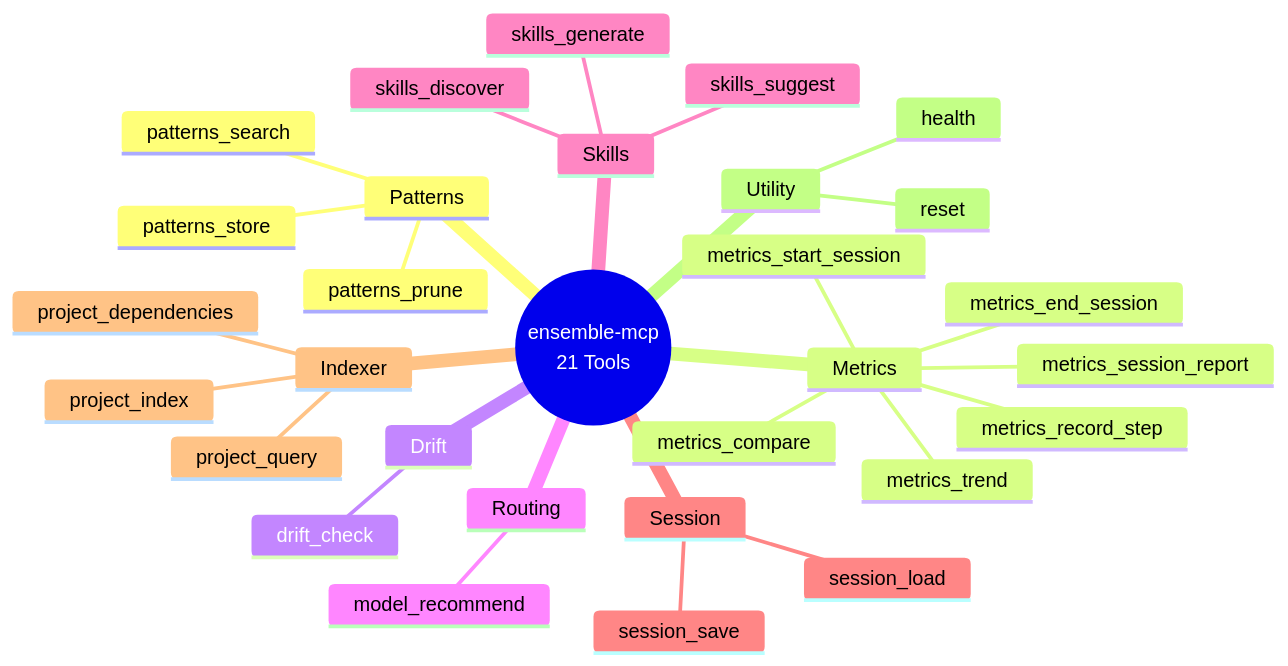
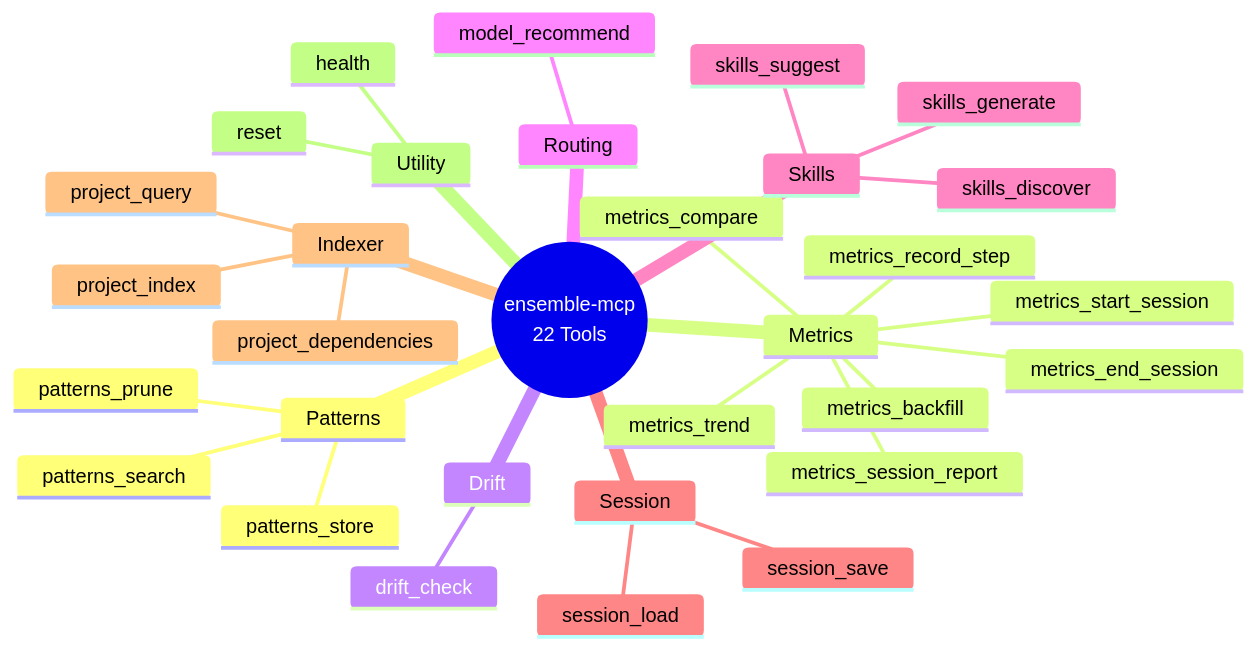
The second of 8 diagrams in docs/DESIGN-SPEC-PHASE-01.md (LynkByte/ensemble), drawn with Mermaid before and after one commit. The commit also changed other lines of this file and 31 other files, not shown here.

First line of the commit message:
feat: add metrics_backfill tool, file watcher daemon, and stub parsers

````diff
--- a/docs/DESIGN-SPEC-PHASE-01.md
+++ b/docs/DESIGN-SPEC-PHASE-01.md
@@ -243,33 +243,34 @@
 ```mermaid
 mindmap
-    root((ensemble-mcp<br/>21 Tools))
+    root((ensemble-mcp<br/>22 Tools))
         Patterns
             patterns_search
             patterns_store
             patterns_prune
         Metrics
             metrics_start_session
             metrics_record_step
             metrics_end_session
             metrics_session_report
             metrics_trend
             metrics_compare
+            metrics_backfill
         Drift
             drift_check
         Routing
             model_recommend
         Skills
             skills_discover
             skills_suggest
             skills_generate
         Session
             session_save
             session_load
         Indexer
             project_index
             project_query
             project_dependencies
         Utility
             health
             reset
 ```
````
